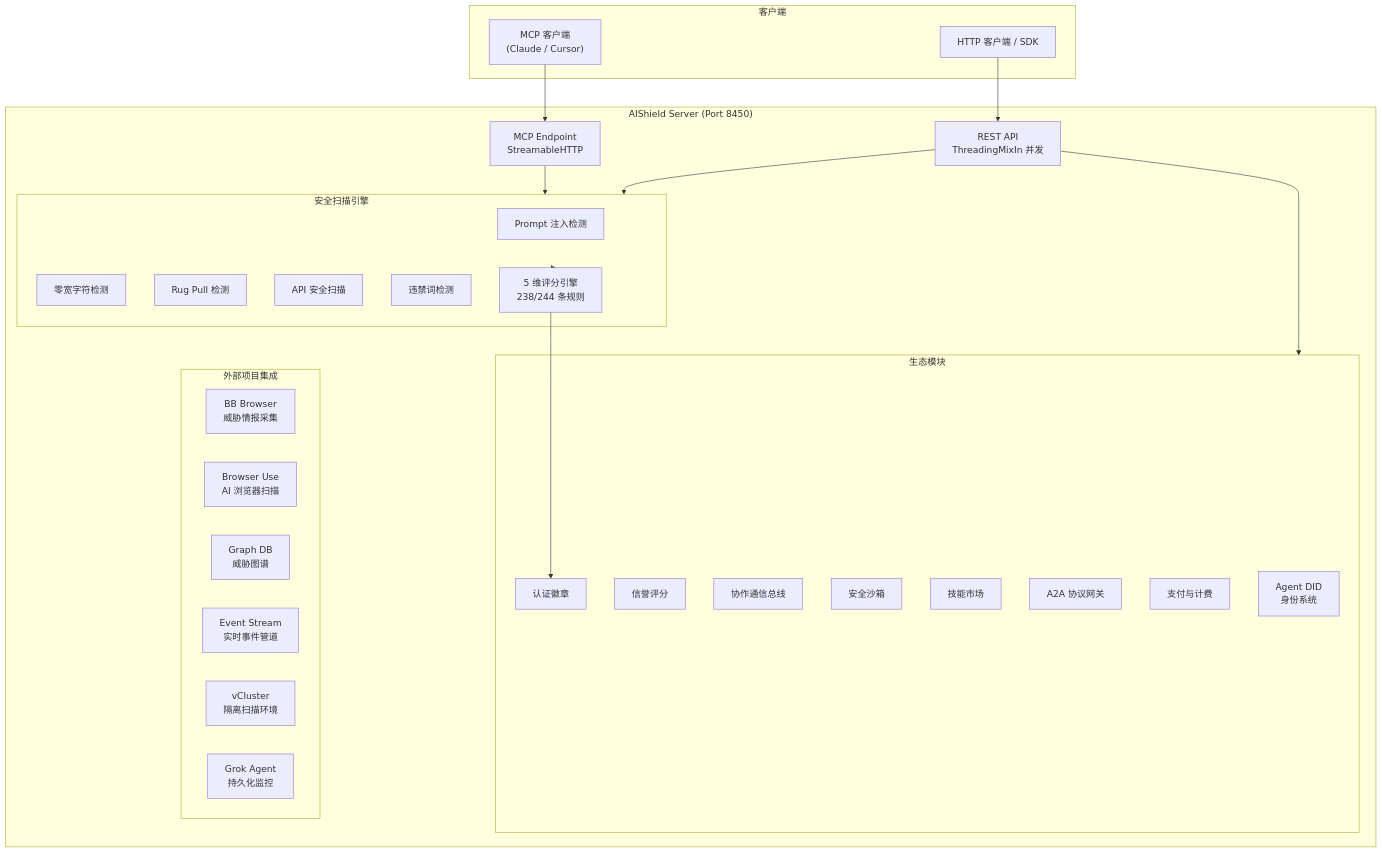
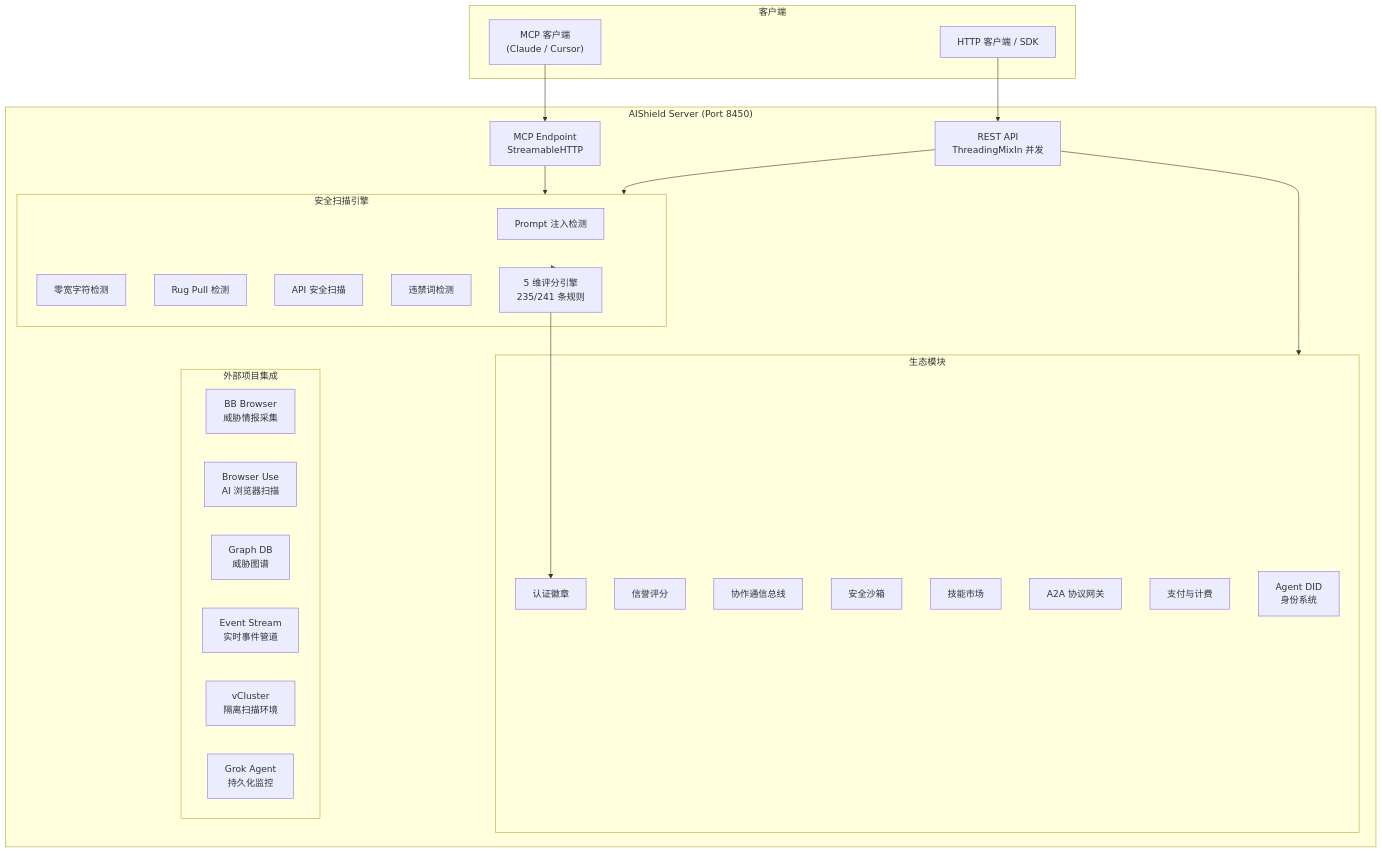
One commit to actions-marketplace-validations/lm203688_aishield changed the diagram in README.md. Above: the diagram before and after it, drawn with Mermaid. The commit also changed other lines of this file and 31 other files, not shown here.

````diff
--- a/README.md
+++ b/README.md
@@ -297,49 +297,49 @@
 ```mermaid
 graph TB
     subgraph Clients["客户端"]
         MCP["MCP 客户端<br/>(Claude / Cursor)"]
         SDK["HTTP 客户端 / SDK"]
     end
 
     subgraph Server["AIShield Server (Port 8450)"]
         API["REST API<br/>ThreadingMixIn 并发"]
         MCPE["MCP Endpoint<br/>StreamableHTTP"]
 
         subgraph Scanner["安全扫描引擎"]
             PE["Prompt 注入检测"]
             MW["零宽字符检测"]
             RP["Rug Pull 检测"]
             AS["API 安全扫描"]
             BW["违禁词检测"]
-            SC["5 维评分引擎<br/>238/244 条规则"]
+            SC["5 维评分引擎<br/>235/241 条规则"]
         end
 
         subgraph Eco["生态模块"]
             ID["Agent DID<br/>身份系统"]
             RP2["信誉评分"]
             CO["协作通信总线"]
             SB["安全沙箱"]
             MK["技能市场"]
             A2A["A2A 协议网关"]
             PAY["支付与计费"]
             BD["认证徽章"]
         end
 
         subgraph Integrations["外部项目集成"]
             BB["BB Browser<br/>威胁情报采集"]
             BU["Browser Use<br/>AI 浏览器扫描"]
             GDB["Graph DB<br/>威胁图谱"]
             ES["Event Stream<br/>实时事件管道"]
             VC["vCluster<br/>隔离扫描环境"]
             GA["Grok Agent<br/>持久化监控"]
         end
     end
 
     MCP --> MCPE
     SDK --> API
     MCPE --> Scanner
     API --> Scanner
     API --> Eco
     Scanner --> SC
     SC --> BD
 ```
````
